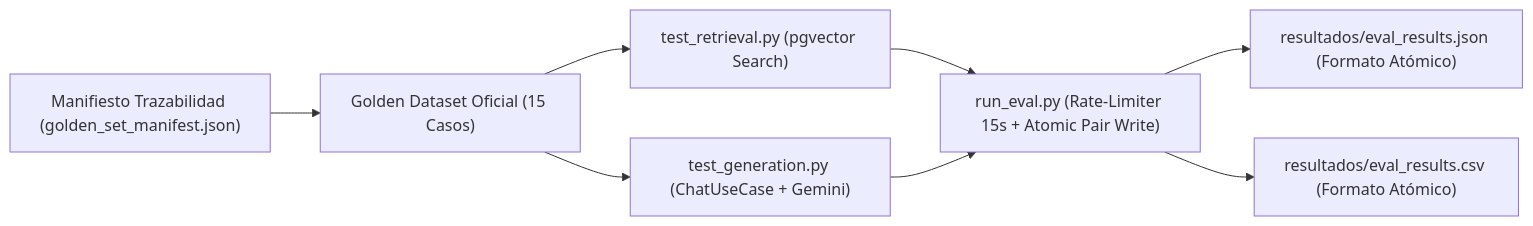
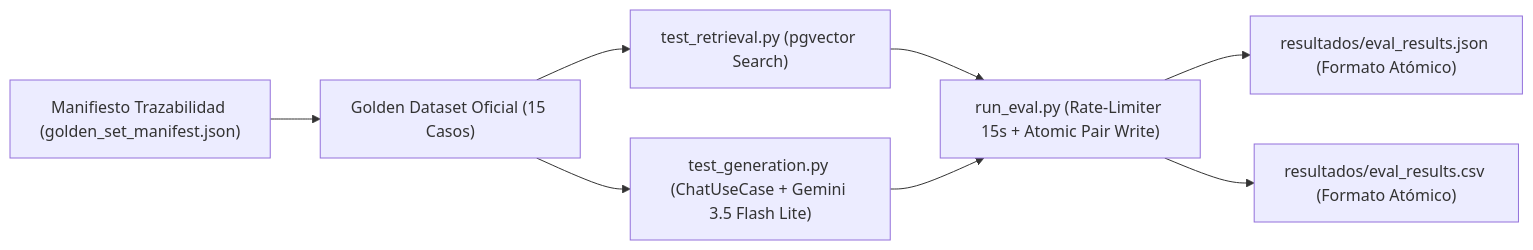
One commit to Tomioka1809/Tutoria-IA changed the diagram in documentacion/05_banco_pruebas.md. Above: the diagram before and after it, drawn with Mermaid. The commit also changed other lines of this file and 6 other files, not shown here.

````diff
--- a/documentacion/05_banco_pruebas.md
+++ b/documentacion/05_banco_pruebas.md
@@ -17,10 +17,10 @@
 ```mermaid
 graph LR
     Manifest["Manifiesto Trazabilidad (golden_set_manifest.json)"] --> GoldenSet["Golden Dataset Oficial (15 Casos)"]
     GoldenSet --> TestRetrieval["test_retrieval.py (pgvector Search)"]
-    GoldenSet --> TestGeneration["test_generation.py (ChatUseCase + Gemini)"]
+    GoldenSet --> TestGeneration["test_generation.py (ChatUseCase + Gemini 3.5 Flash Lite)"]
     TestRetrieval --> RunEval["run_eval.py (Rate-Limiter 15s + Atomic Pair Write)"]
     TestGeneration --> RunEval
     RunEval --> ExportJSON["resultados/eval_results.json (Formato Atómico)"]
     RunEval --> ExportCSV["resultados/eval_results.csv (Formato Atómico)"]
 ```
````
